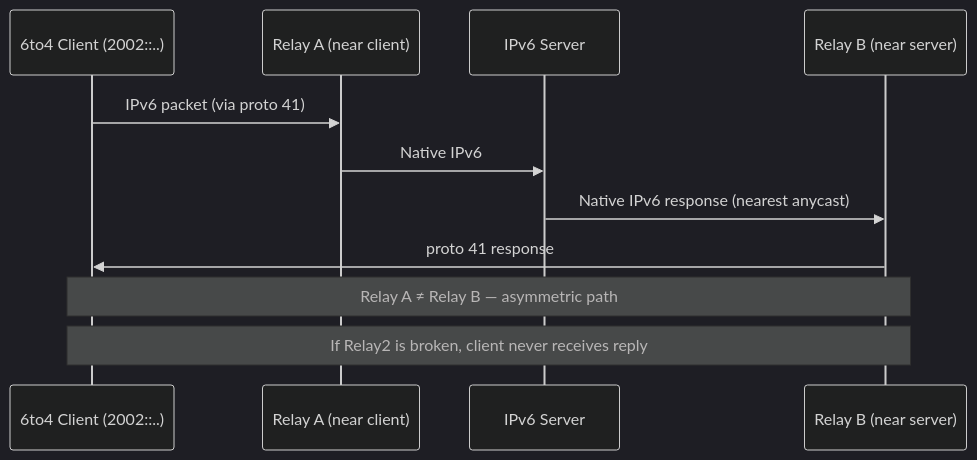
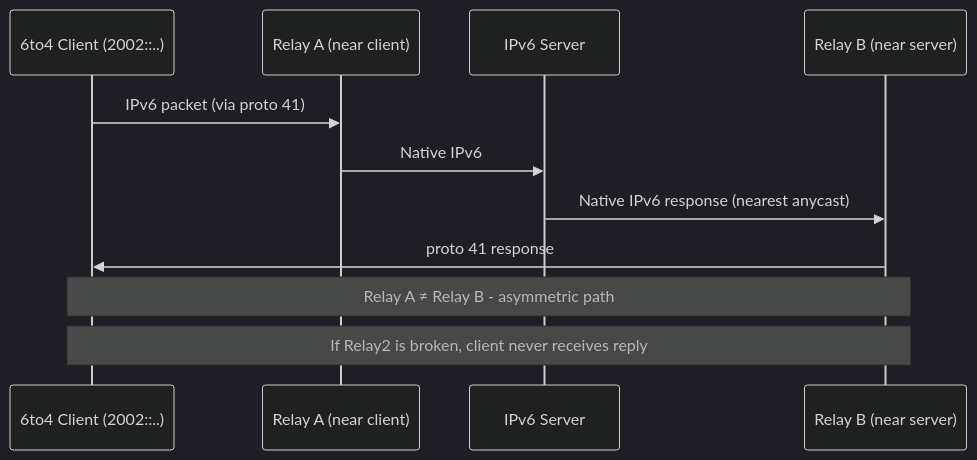
One commit to wildfirebill-web/oneuptime-blog changed the diagram in posts/2026-03-20-why-6to4-is-deprecated/README.md. Above: the diagram before and after it, drawn with Mermaid (dark theme). The commit also changed other lines of this file and 41565 other files, not shown here.

````diff
--- a/posts/2026-03-20-why-6to4-is-deprecated/README.md
+++ b/posts/2026-03-20-why-6to4-is-deprecated/README.md
@@ -50,14 +50,14 @@
 ```mermaid
 sequenceDiagram
     participant Client as 6to4 Client (2002::..)
     participant Relay1 as Relay A (near client)
     participant Server as IPv6 Server
     participant Relay2 as Relay B (near server)
 
     Client->>Relay1: IPv6 packet (via proto 41)
     Relay1->>Server: Native IPv6
     Server->>Relay2: Native IPv6 response (nearest anycast)
     Relay2->>Client: proto 41 response
-    Note over Client,Relay2: Relay A ≠ Relay B — asymmetric path
+    Note over Client,Relay2: Relay A ≠ Relay B - asymmetric path
     Note over Relay2,Client: If Relay2 is broken, client never receives reply
 ```
````
